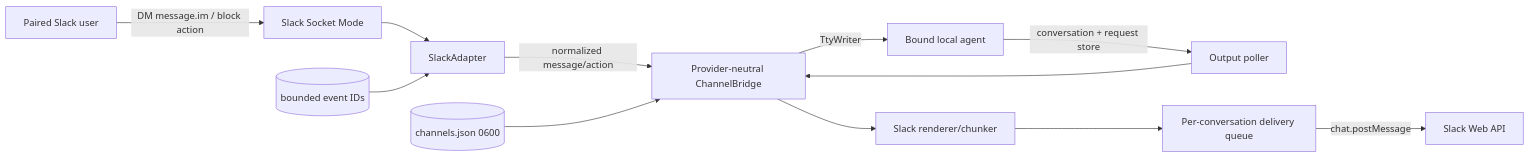
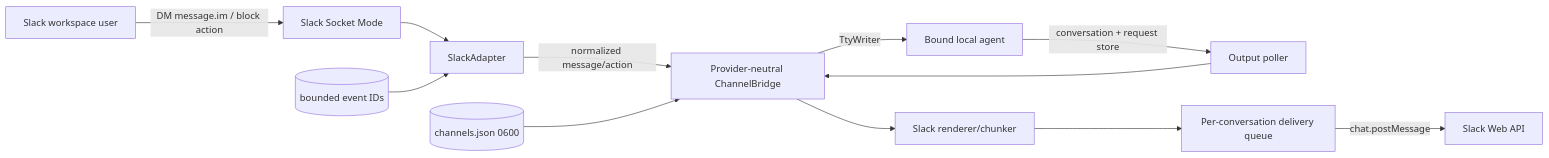
Before and after one commit to codeaholicguy/ai-devkit: the diagram in docs/ai/design/2026-08-06-feature-slack-channel-connector.md, drawn with Mermaid. The commit also changed other lines of this file and 16 other files, not shown here.

Commit message:
fix(channel): simplify Slack proof-of-concept flow

````diff
--- a/docs/ai/design/2026-08-06-feature-slack-channel-connector.md
+++ b/docs/ai/design/2026-08-06-feature-slack-channel-connector.md
@@ -11,14 +11,14 @@
 ```mermaid
 graph LR
-  U[Paired Slack user] -->|DM message.im / block action| SM[Slack Socket Mode]
+  U[Slack workspace user] -->|DM message.im / block action| SM[Slack Socket Mode]
   SM --> SA[SlackAdapter]
   SA -->|normalized message/action| BR[Provider-neutral ChannelBridge]
   BR -->|TtyWriter| AG[Bound local agent]
   AG -->|conversation + request store| OP[Output poller]
   OP --> BR
   BR --> R[Slack renderer/chunker]
   R --> Q[Per-conversation delivery queue]
   Q -->|chat.postMessage| WA[Slack Web API]
   CS[(channels.json 0600)] --> BR
   ID[(bounded event IDs)] --> SA
 ```
````
